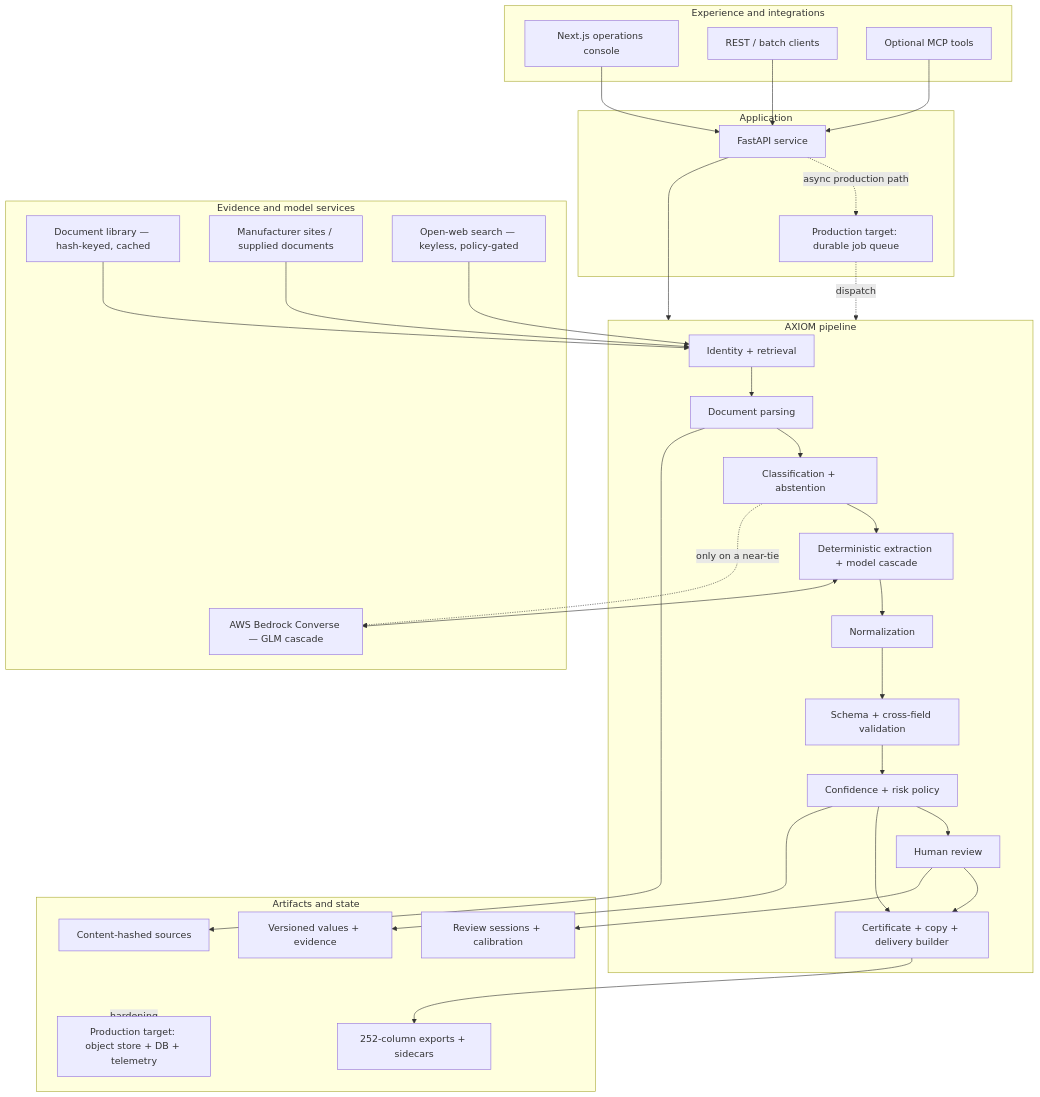
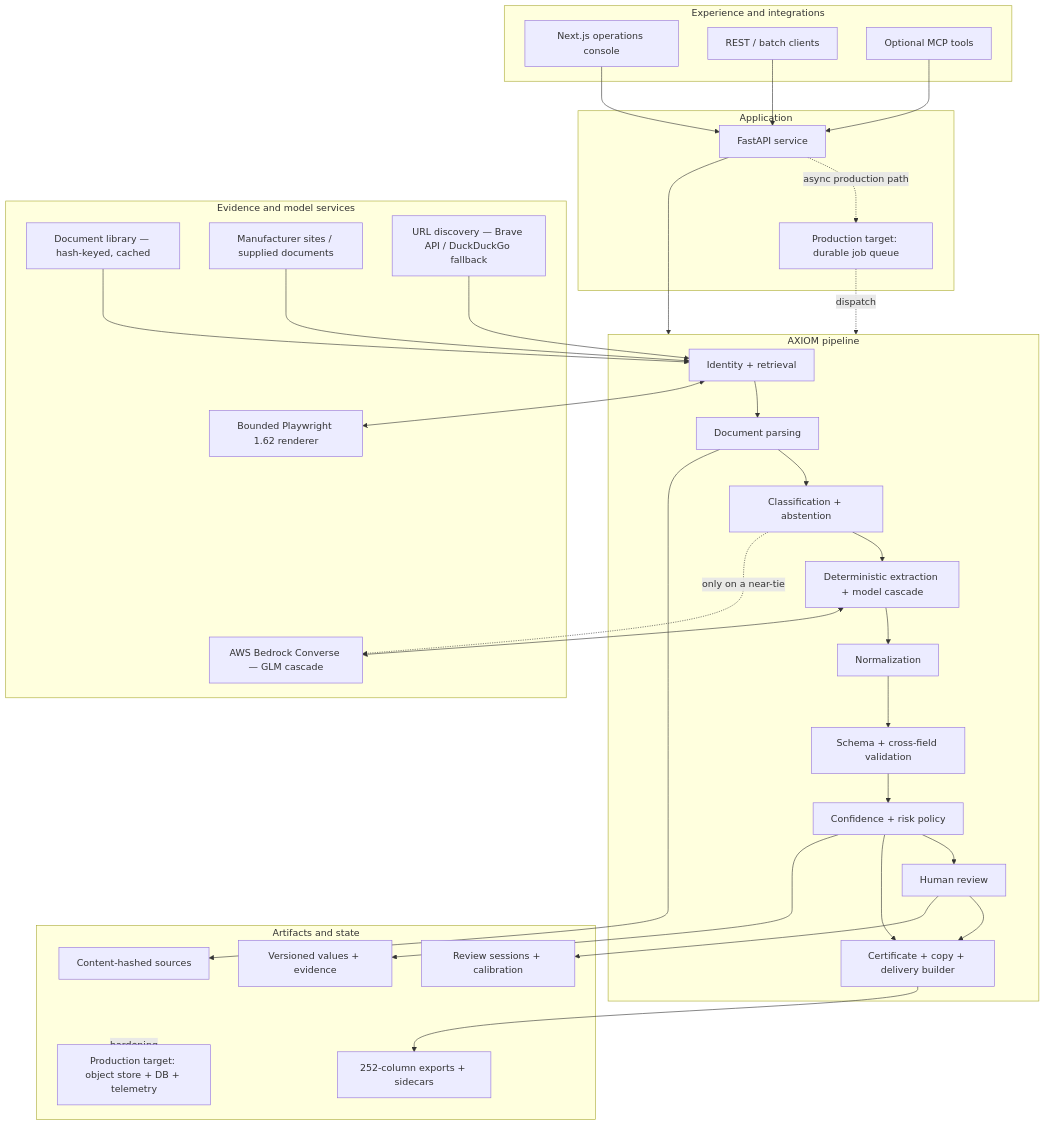
The second of 2 diagrams in UniHack_Presentation_Content.md (varshith21-codes/Unilog), drawn with Mermaid before and after one commit. The commit also changed other lines of this file and 79 other files, not shown here.

````diff
--- a/UniHack_Presentation_Content.md
+++ b/UniHack_Presentation_Content.md
@@ -442,61 +454,63 @@
 ```mermaid
 flowchart TB
     subgraph UX[Experience and integrations]
         UI[Next.js operations console]
         REST[REST / batch clients]
         MCP[Optional MCP tools]
     end
 
     subgraph APP[Application]
         API[FastAPI service]
         QUEUE[Production target: durable job queue]
     end
 
     subgraph CORE[AXIOM pipeline]
         RET[Identity + retrieval]
         PARSE[Document parsing]
         CLS[Classification + abstention]
         EXT[Deterministic extraction + model cascade]
         NORM[Normalization]
         VAL[Schema + cross-field validation]
         POL[Confidence + risk policy]
         REV[Human review]
         OUT[Certificate + copy + delivery builder]
         RET --> PARSE --> CLS --> EXT --> NORM --> VAL --> POL
         POL --> REV
         POL --> OUT
         REV --> OUT
     end
 
     subgraph EXTNL[Evidence and model services]
         LIB["Document library — hash-keyed, cached"]
         SRC[Manufacturer sites / supplied documents]
-        WEB["Open-web search — keyless, policy-gated"]
+        SEARCH["URL discovery — Brave API / DuckDuckGo fallback"]
+        BROWSER["Bounded Playwright 1.62 renderer"]
         BED["AWS Bedrock Converse — GLM cascade"]
     end
 
     subgraph DATA[Artifacts and state]
         HASH[Content-hashed sources]
         REC[Versioned values + evidence]
         SES[Review sessions + calibration]
         EXP[252-column exports + sidecars]
         PROD[Production target: object store + DB + telemetry]
     end
 
     UI --> API
     REST --> API
     MCP --> API
     API --> CORE
     API -.async production path.-> QUEUE
     QUEUE -.dispatch.-> CORE
     LIB --> RET
     SRC --> RET
-    WEB --> RET
+    SEARCH --> RET
+    RET <--> BROWSER
     EXT <--> BED
     CLS -.only on a near-tie.-> BED
     PARSE --> HASH
     POL --> REC
     REV --> SES
     OUT --> EXP
     DATA -.hardening.-> PROD
 ```
````
